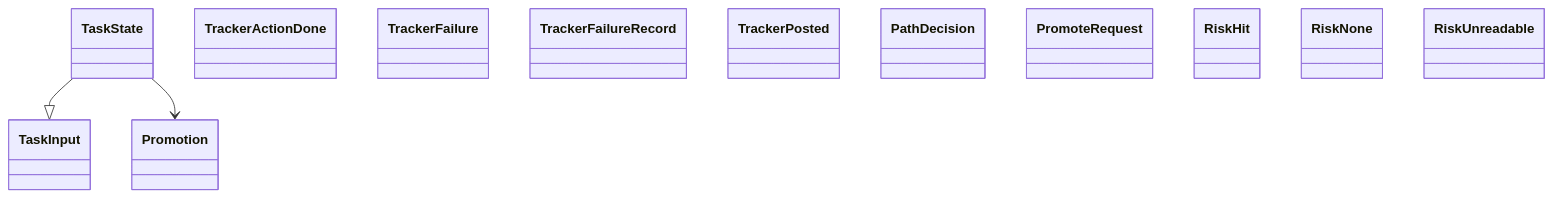
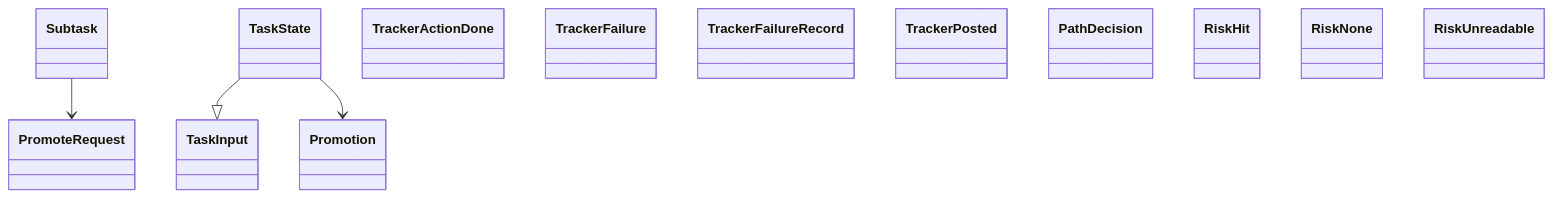
One commit to GonzaloZevallos/agentic-system changed the diagram in docs/architecture/generated/classes-process-domain-state-7.md. Above: the diagram before and after it, drawn with Mermaid. The commit also changed other lines of this file and 10 other files, not shown here.

````diff
--- a/docs/architecture/generated/classes-process-domain-state-7.md
+++ b/docs/architecture/generated/classes-process-domain-state-7.md
@@ -26,17 +26,19 @@
 ```mermaid
 classDiagram
+    class task__Subtask["Subtask"]
     class task__TaskInput["TaskInput"]
     class task__TaskState["TaskState"]
     class task__TrackerActionDone["TrackerActionDone"]
     class task__TrackerFailure["TrackerFailure"]
     class task__TrackerFailureRecord["TrackerFailureRecord"]
     class task__TrackerPosted["TrackerPosted"]
     class task_path__PathDecision["PathDecision"]
     class task_path__PromoteRequest["PromoteRequest"]
     class task_path__Promotion["Promotion"]
     class task_path__RiskHit["RiskHit"]
     class task_path__RiskNone["RiskNone"]
     class task_path__RiskUnreadable["RiskUnreadable"]
+    task__Subtask --> task_path__PromoteRequest
     task__TaskState --|> task__TaskInput
     task__TaskState --> task_path__Promotion
 ```
````
